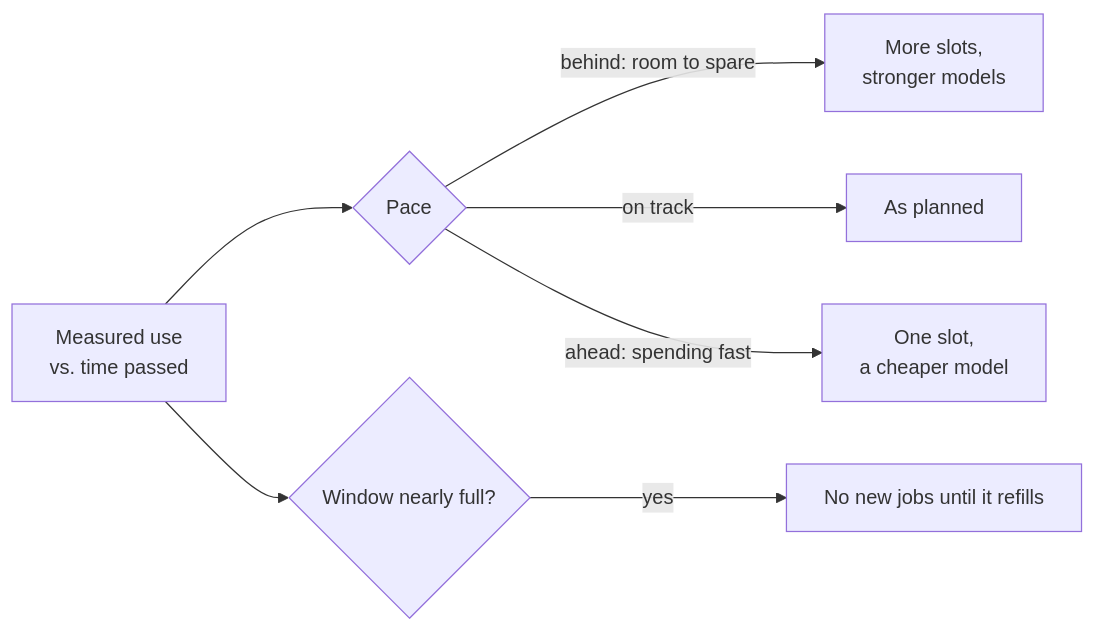
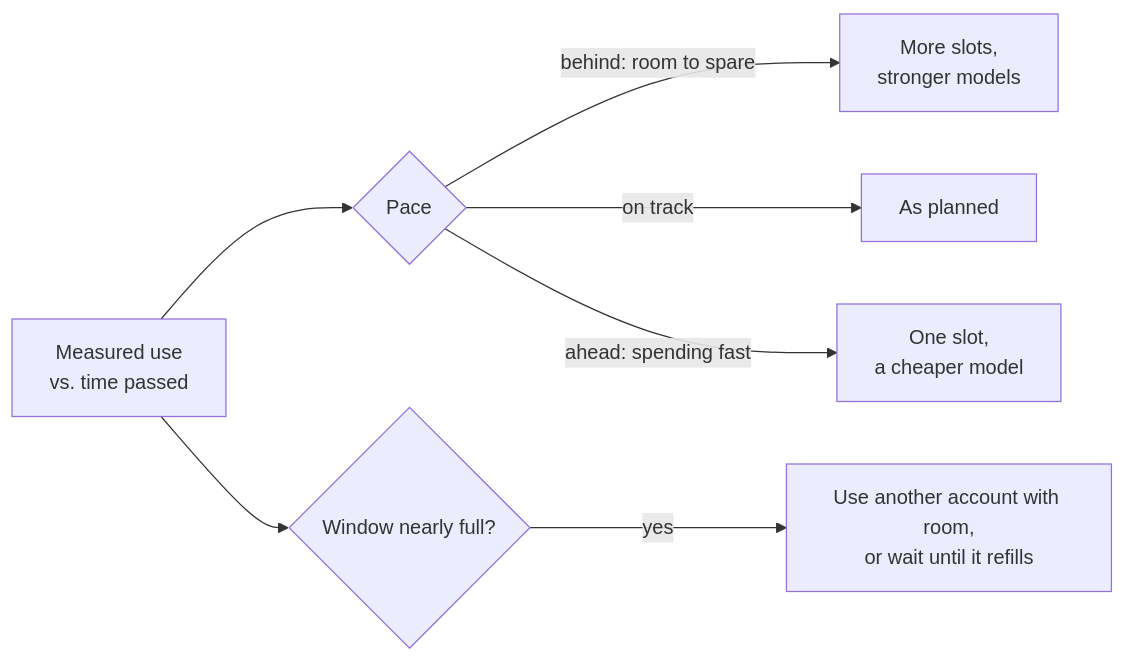
Before and after one commit to shinyredapples/intakt: the third of 4 diagrams in docs/guide/the-engine-room.md, drawn with Mermaid.

Commit message:
docs(guide): engine-room ceiling node matches the ceilings rule

````diff
--- a/docs/guide/the-engine-room.md
+++ b/docs/guide/the-engine-room.md
@@ -92,9 +92,9 @@
 ```mermaid
 flowchart LR
   read[Measured use<br/>vs. time passed] --> pace{Pace}
   pace -- "behind: room to spare" --> up[More slots,<br/>stronger models]
   pace -- "on track" --> keep[As planned]
   pace -- "ahead: spending fast" --> down[One slot,<br/>a cheaper model]
   read --> ceiling{Window nearly full?}
-  ceiling -- yes --> wait[No new jobs until it refills]
+  ceiling -- yes --> wait[Use another account with room,<br/>or wait until it refills]
 ```
````
